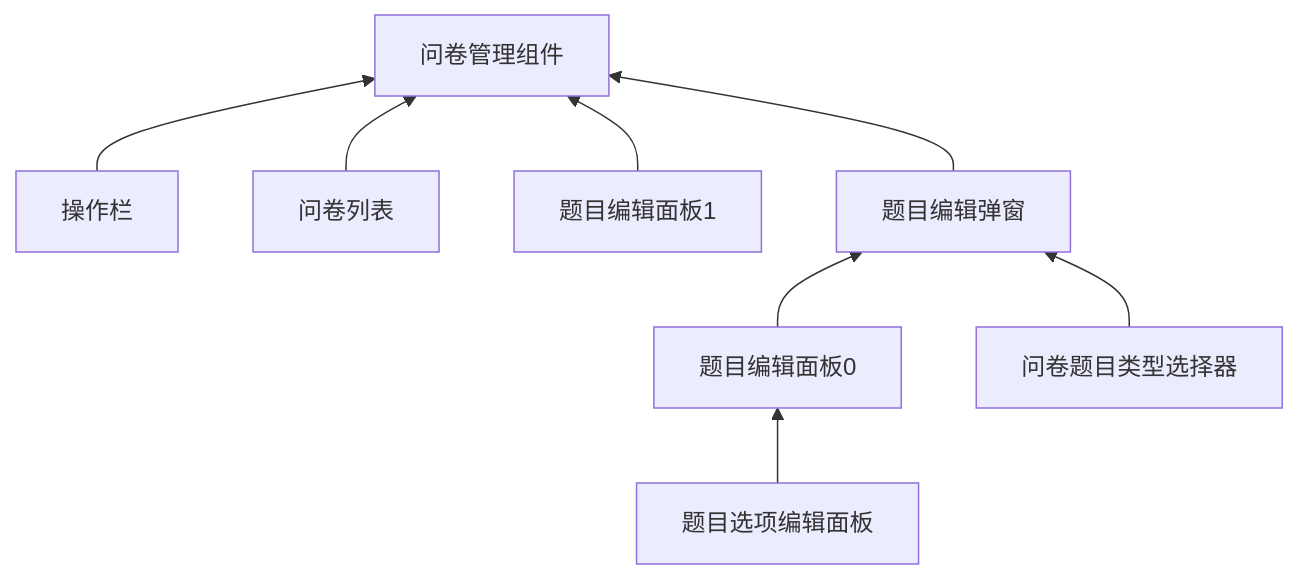
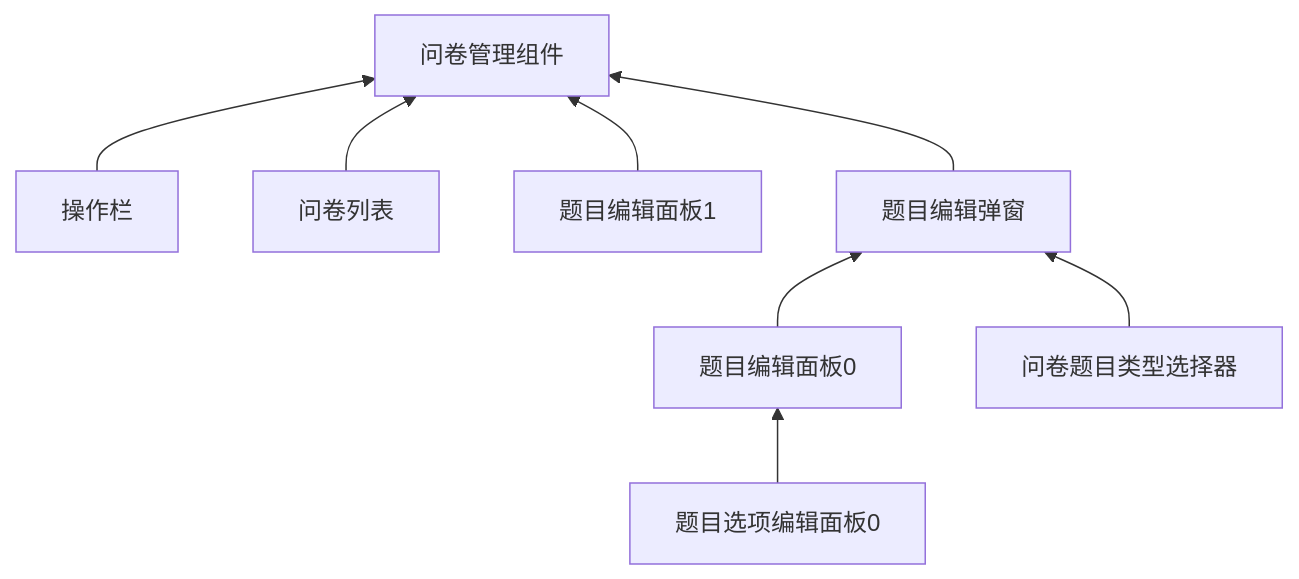
Before and after one commit to DanceSky720/v3_vite_admin-master: the diagram in src/components/QuestionnaireManager/README.md, drawn with Mermaid. The commit also changed other lines of this file and 2 other files, not shown here.

````diff
--- a/src/components/QuestionnaireManager/README.md
+++ b/src/components/QuestionnaireManager/README.md
@@ -48,12 +48,13 @@
 ```mermaid
 graph BT
 
-    题目选项编辑面板 --> 题目编辑面板0 --> dialog[题目编辑弹窗]
+    题目选项编辑面板0 --> pe[题目编辑面板0 ]
+    pe --> dialog[题目编辑弹窗]
     问卷题目类型选择器 -->dialog
 
     操作栏 --> manager[问卷管理组件]
     问卷列表 --> manager
     题目编辑面板1 --> manager
     dialog --> manager
 
 ```
````
